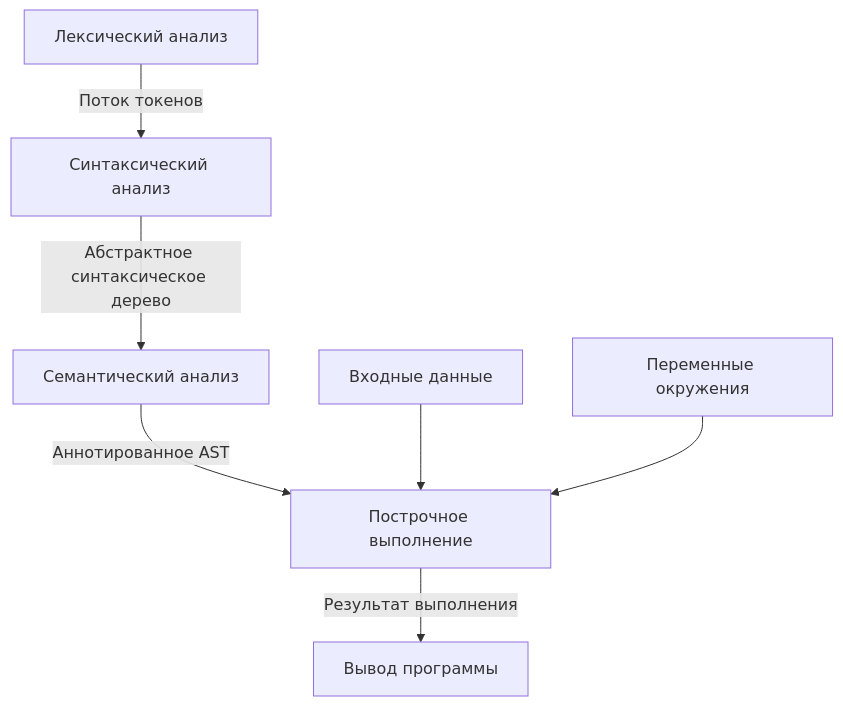
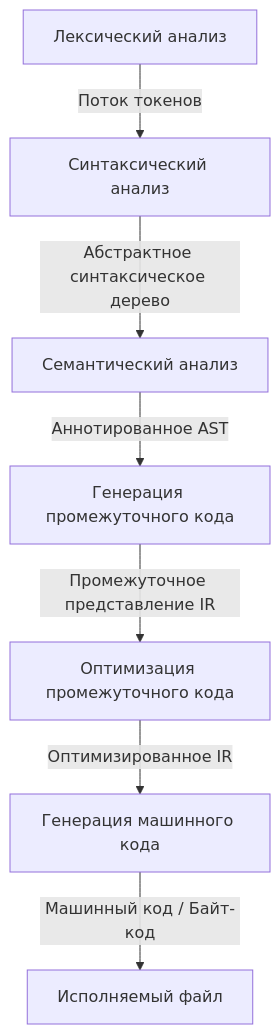
The diagram in expert/lab1/docs/theory/compiler-phases.mmd (x4la1/compiler_course), drawn with Mermaid before and after one commit.

Commit message:
поправил даиграмму

```diff
--- a/expert/lab1/docs/theory/compiler-phases.mmd
+++ b/expert/lab1/docs/theory/compiler-phases.mmd
@@ -1,8 +1,7 @@
 flowchart TD
     A[Лексический анализ] -->|Поток токенов| B[Синтаксический анализ]
     B -->|Абстрактное синтаксическое дерево| C[Семантический анализ]
-    C -->|Аннотированное AST| D[Построчное выполнение]
-    D -->|Результат выполнения| E[Вывод программы]
-    
-    F[Входные данные] --> D
-    G[Переменные окружения] --> D
+    C -->|Аннотированное AST| D[Генерация промежуточного кода]
+    D -->|Промежуточное представление IR| E[Оптимизация промежуточного кода]
+    E -->|Оптимизированное IR| F[Генерация машинного кода]
+    F -->|Машинный код / Байт-код| G[Исполняемый файл]
```
